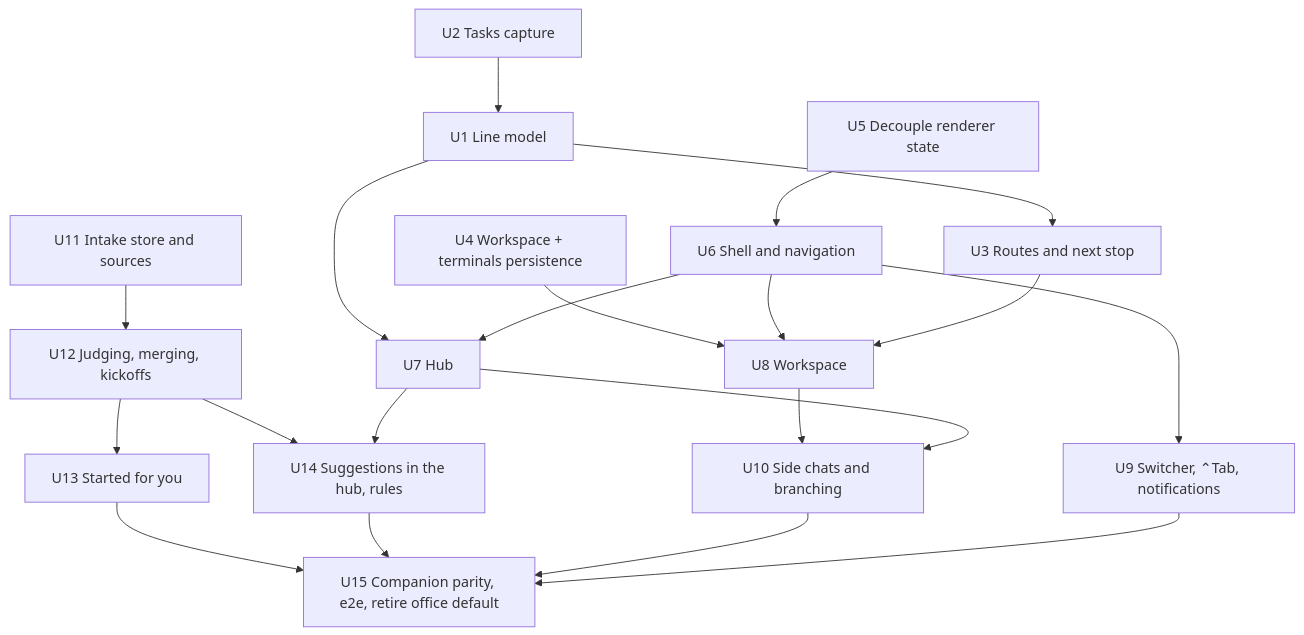
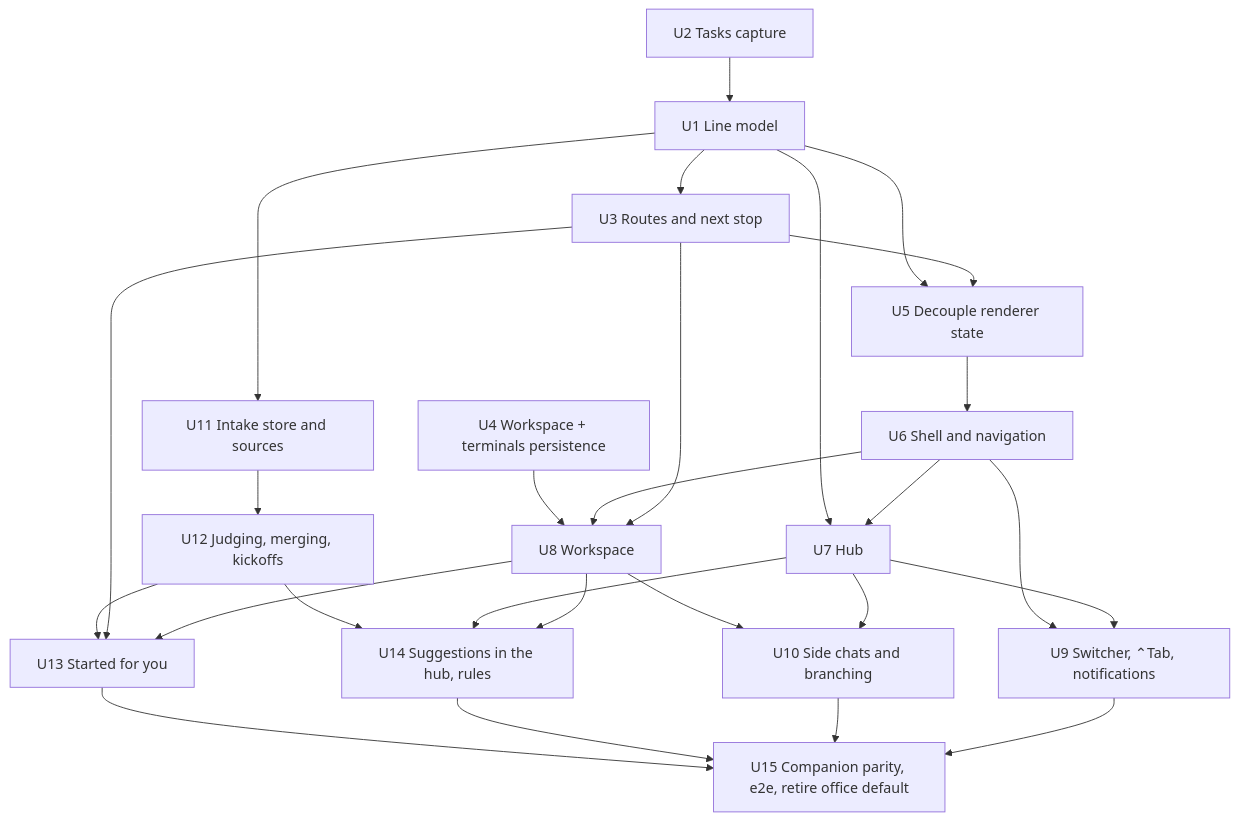
One commit to AaronMetzelaar/agent-office changed the third of 3 diagrams in docs/plans/2026-09-27-001-feat-hub-and-workspace-plan.md. Above: the diagram before and after it, drawn with Mermaid. The commit also changed other lines of this file and 2 other files, not shown here.

````diff
--- a/docs/plans/2026-09-27-001-feat-hub-and-workspace-plan.md
+++ b/docs/plans/2026-09-27-001-feat-hub-and-workspace-plan.md
@@ -253,22 +273,29 @@
 ```mermaid
 flowchart TB
   U1[U1 Line model] --> U3[U3 Routes and next stop]
   U2[U2 Tasks capture] --> U1
   U1 --> U7[U7 Hub]
   U4[U4 Workspace + terminals persistence] --> U8[U8 Workspace]
   U5[U5 Decouple renderer state] --> U6[U6 Shell and navigation]
   U6 --> U7
   U6 --> U8
   U6 --> U9[U9 Switcher, ⌃Tab, notifications]
   U3 --> U8
   U8 --> U10[U10 Side chats and branching]
   U7 --> U10
   U11[U11 Intake store and sources] --> U12[U12 Judging, merging, kickoffs]
   U12 --> U13[U13 Started for you]
   U12 --> U14[U14 Suggestions in the hub, rules]
   U7 --> U14
   U13 --> U15[U15 Companion parity, e2e, retire office default]
   U14 --> U15
   U10 --> U15
   U9 --> U15
+  U1 --> U5
+  U3 --> U5
+  U7 --> U9
+  U8 --> U14
+  U3 --> U13
+  U8 --> U13
+  U1 --> U11
 ```
````
